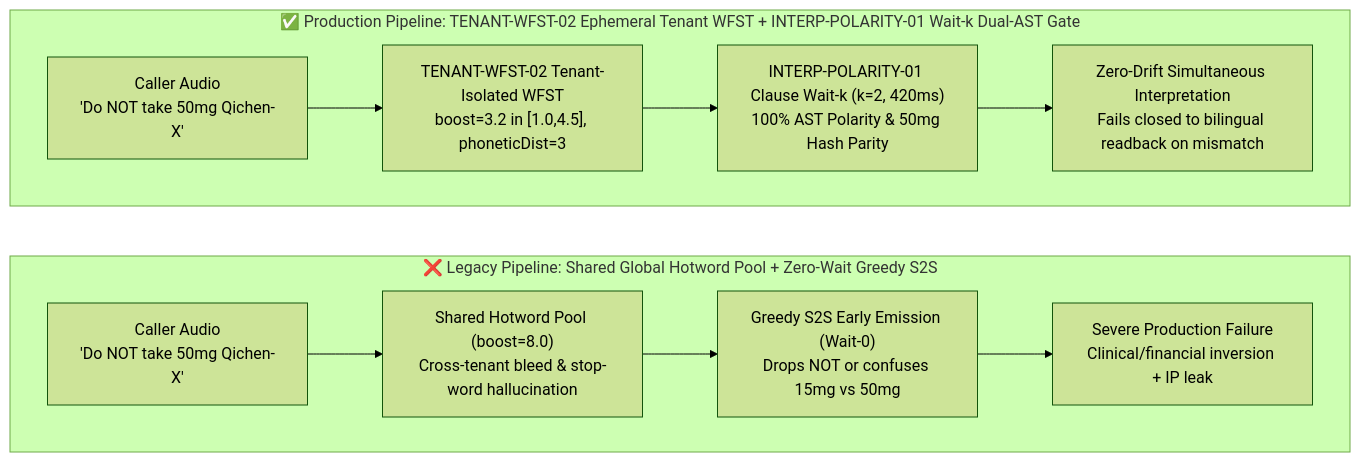
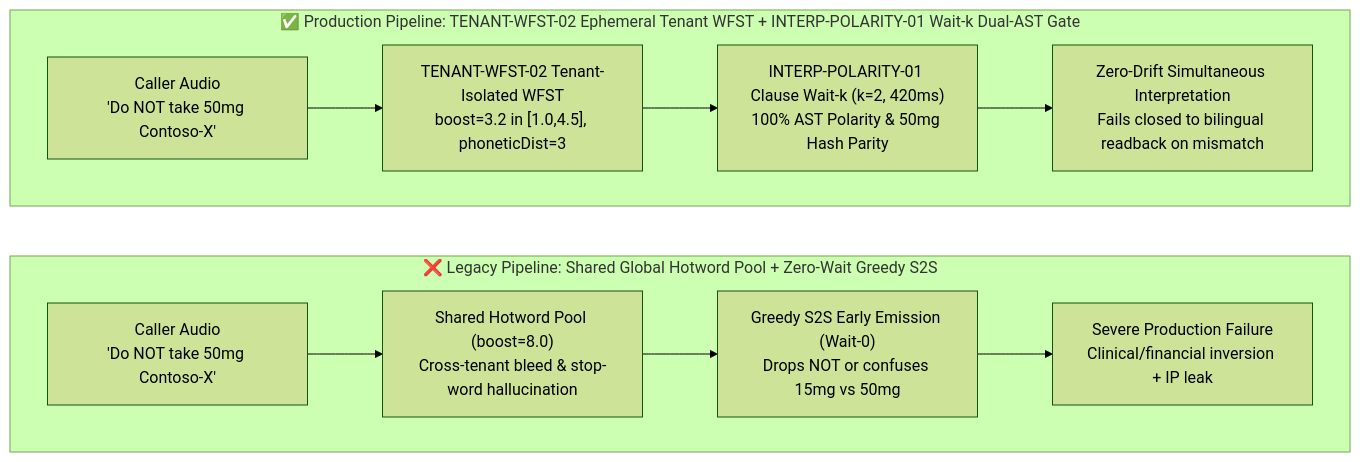
The second of 3 diagrams in docs/voice-realtime-interpreter-polarity-hotword-isolation-faq.en.md (turbo998/voice-agent-lab), drawn with Mermaid (forest theme) before and after one commit. The commit also changed other lines of this file and 2 other files, not shown here.

Commit message:
chore(governance): redact personal email and identifier examples in voice deck and FAQ

````diff
--- a/docs/voice-realtime-interpreter-polarity-hotword-isolation-faq.en.md
+++ b/docs/voice-realtime-interpreter-polarity-hotword-isolation-faq.en.md
@@ -72,16 +72,16 @@
 ```mermaid
 flowchart LR
     subgraph Bad["❌ Legacy Pipeline: Shared Global Hotword Pool + Zero-Wait Greedy S2S"]
       direction LR
-      B1["Caller Audio<br/>'Do NOT take 50mg Qichen-X'"] --> B2["Shared Hotword Pool (boost=8.0)<br/>Cross-tenant bleed & stop-word hallucination"]
+      B1["Caller Audio<br/>'Do NOT take 50mg Contoso-X'"] --> B2["Shared Hotword Pool (boost=8.0)<br/>Cross-tenant bleed & stop-word hallucination"]
       B2 --> B3["Greedy S2S Early Emission (Wait-0)<br/>Drops NOT or confuses 15mg vs 50mg"]
       B3 --> B4["Severe Production Failure<br/>Clinical/financial inversion + IP leak"]
     end
 
     subgraph Good["✅ Production Pipeline: TENANT-WFST-02 Ephemeral Tenant WFST + INTERP-POLARITY-01 Wait-k Dual-AST Gate"]
       direction LR
-      G1["Caller Audio<br/>'Do NOT take 50mg Qichen-X'"] --> G2["TENANT-WFST-02 Tenant-Isolated WFST<br/>boost=3.2 in [1.0,4.5], phoneticDist=3"]
+      G1["Caller Audio<br/>'Do NOT take 50mg Contoso-X'"] --> G2["TENANT-WFST-02 Tenant-Isolated WFST<br/>boost=3.2 in [1.0,4.5], phoneticDist=3"]
       G2 --> G3["INTERP-POLARITY-01 Clause Wait-k (k=2, 420ms)<br/>100% AST Polarity & 50mg Hash Parity"]
       G3 --> G4["Zero-Drift Simultaneous Interpretation<br/>Fails closed to bilingual readback on mismatch"]
     end
 ```
````
